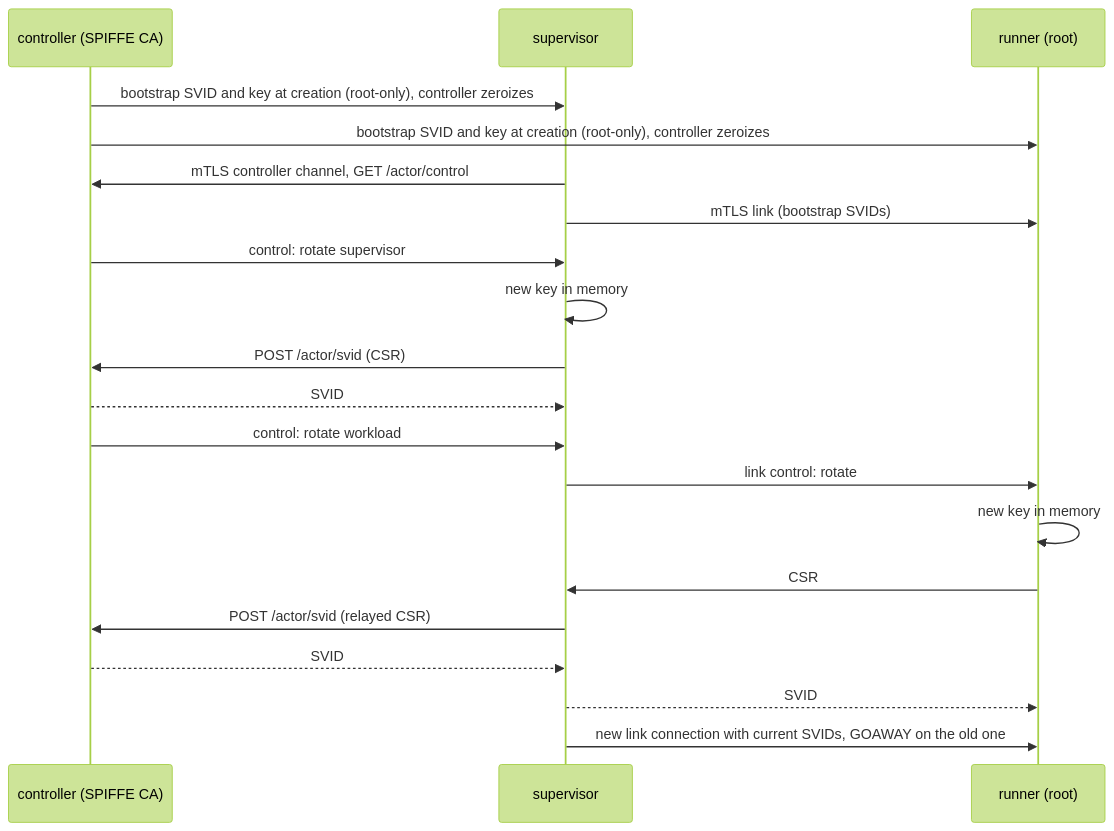
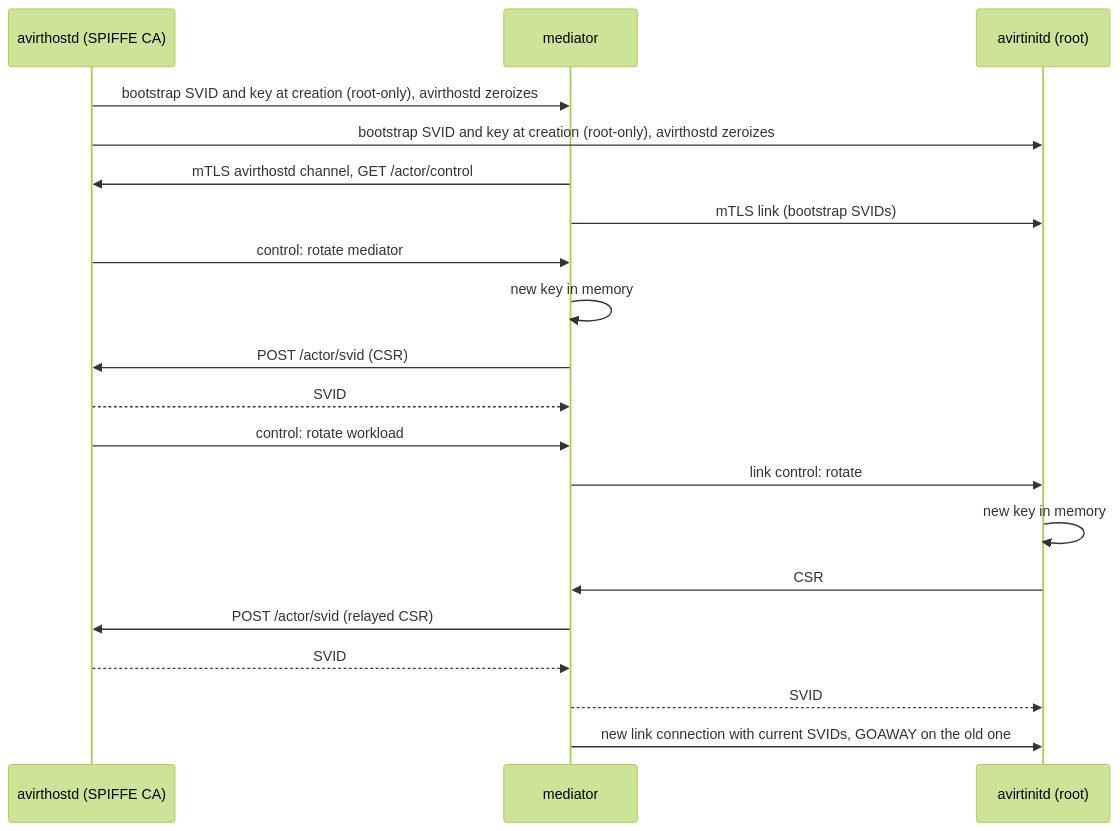
One commit to tbhb-dev/avirt changed the first of 2 diagrams in docs/identity.md. Above: the diagram before and after it, drawn with Mermaid (forest theme). The commit also changed other lines of this file and 94 other files, not shown here.

````diff
--- a/docs/identity.md
+++ b/docs/identity.md
@@ -83,22 +83,22 @@
 ```mermaid
 sequenceDiagram
-    participant C as controller (SPIFFE CA)
-    participant S as supervisor
-    participant R as runner (root)
-    C->>S: bootstrap SVID and key at creation (root-only), controller zeroizes
-    C->>R: bootstrap SVID and key at creation (root-only), controller zeroizes
-    S->>C: mTLS controller channel, GET /actor/control
+    participant C as avirthostd (SPIFFE CA)
+    participant S as mediator
+    participant R as avirtinitd (root)
+    C->>S: bootstrap SVID and key at creation (root-only), avirthostd zeroizes
+    C->>R: bootstrap SVID and key at creation (root-only), avirthostd zeroizes
+    S->>C: mTLS avirthostd channel, GET /actor/control
     S->>R: mTLS link (bootstrap SVIDs)
-    C->>S: control: rotate supervisor
+    C->>S: control: rotate mediator
     S->>S: new key in memory
     S->>C: POST /actor/svid (CSR)
     C-->>S: SVID
     C->>S: control: rotate workload
     S->>R: link control: rotate
     R->>R: new key in memory
     R->>S: CSR
     S->>C: POST /actor/svid (relayed CSR)
     C-->>S: SVID
     S-->>R: SVID
     S->>R: new link connection with current SVIDs, GOAWAY on the old one
 ```
````
